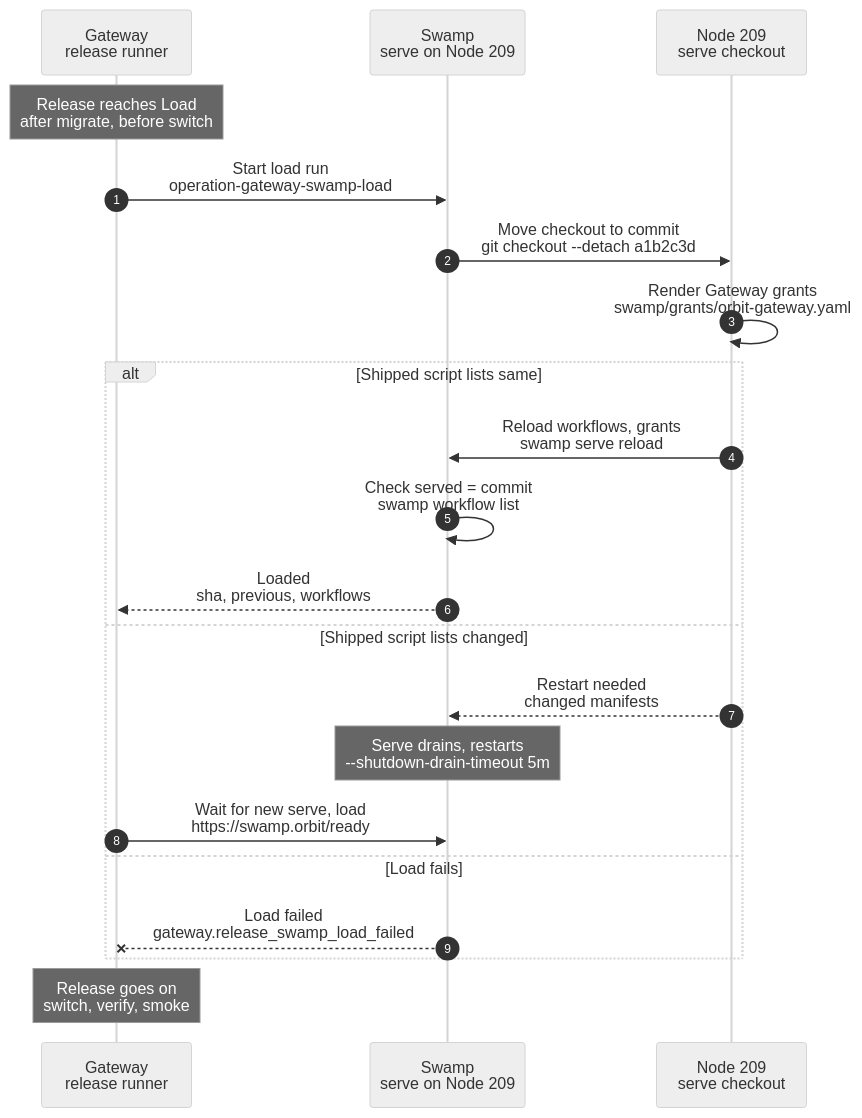
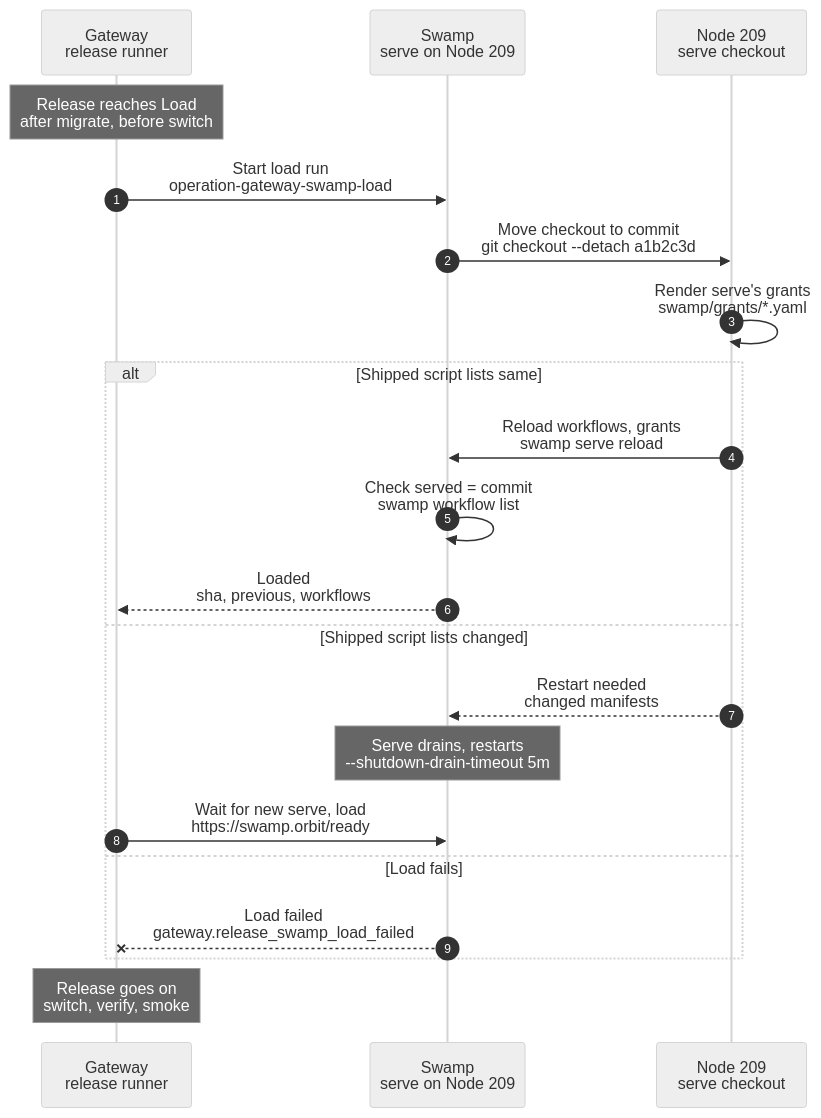
The diagram in docs/flows/gateway.swamp_load.mmd (hardimpactdev/orbit), drawn with Mermaid (neutral theme) before and after one commit. The commit also changed 31 other files, not shown here.

First line of the commit message:
feat(swamp): the swamp role runtime runs as official cfgmgmt steps

```diff
--- a/docs/flows/gateway.swamp_load.mmd
+++ b/docs/flows/gateway.swamp_load.mmd
@@ -1,83 +1,85 @@
 sequenceDiagram
   %% Target design: swamp-load-git-checkout (Nick 2026-11-01), release-waits-for-swamp, single-swamp-node. docs/reference/gateway-recovery.md#load-swamp.
   %% status: reviewed
   %% command: gateway:release:deploy · Load Swamp
   %% behavior name: gateway-swamp-load (fixed)
   autonumber
   %% lane GW icon=gateway pill=intent tone=blue
   %% lane SW icon=workflow pill=executes tone=green
   %% lane N icon=server pill=target tone=amber
   participant GW as Gateway<br/>release runner
   participant SW as Swamp<br/>serve on Node 209
   participant N as Node 209<br/>serve checkout
   Note over GW: Release reaches Load<br/>after migrate, before switch
   %%> When:
   %%> - every Gateway release, automatic or `orbit gateway:release:deploy <sha>`
   %%> - after prepare and migrate, before the switch
   %%> - also for releases that change no Swamp file, so Gateway and Swamp always run the same commit
   %%> Not included:
   %%> - no CLI command of its own; the release runner is the only caller
   %%> - `gateway:release:rollback` skips this step, so a rollback works while Swamp is down
   GW->>SW: Start load run<br/>operation-gateway-swamp-load
   %%> What it does:
   %%> - records task #5150 with the release commit
   %%> - starts one Swamp run on serve, placed on the `swamp` role
   %%> Inputs:
   %%> - the release commit, for example `a1b2c3d`
   %%> Retry:
   %%> - when serve is restarting, the start waits up to 10 minutes instead of pausing the release
   SW->>N: Move checkout to commit<br/>git checkout --detach a1b2c3d
   %%> Requirements:
   %%> - the new commit descends from the current one (fast-forward only)
   %%> On the Node:
   %%> - fetches the commit into the serve checkout
   %%> - moves the checkout to it
   %%> Why:
   %%> - Swamp's default mode reads `swamp/` from a Git checkout; no custom loader
-  N->>N: Render Gateway grants<br/>swamp/grants/orbit-gateway.yaml
+  N->>N: Render serve's grants<br/>swamp/grants/*.yaml
   %%> What it does:
   %%> - writes which workflows the Gateway may start, from `swamp/config/gateway-workflow-grants.json`
-  %%> - serve's other grants are `swamp/grants/orbit-serve.yaml` in the repository, so the checkout already holds them
+  %%> - writes serve's other grants, from `swamp/config/serve-grants.json`, as `swamp/grants/orbit-serve.yaml`
   %%> Why a script:
   %%> - serve's grants format can't hold the manifest's schedule producer marks, and no official behavior renders grants
+  %%> Not included:
+  %%> - the swamp role writes no grants; they follow the checkout
   alt Shipped script lists same
     N->>SW: Reload workflows, grants<br/>swamp serve reload
     %%> What it does:
     %%> - `swamp serve reload`: serve picks up new and changed workflows and extensions
     %%> - `swamp access reload`: serve creates, revokes or keeps grants to match the file
     %%> Why:
     %%> - a reload, not a restart: running work keeps going
     SW->>SW: Check served = commit<br/>swamp workflow list
     %%> What it does:
     %%> - compares the workflows serve runs with the workflows in the commit
     %%> - ignores the `schedule-<uuid>` workflows that Schedules publish
     SW-->>GW: Loaded<br/>sha, previous, workflows
     %%> Result:
     %%> - task #5150 succeeded
     %%> - returns the commit, the previous commit and the workflow count
   else Shipped script lists changed
     N-->>SW: Restart needed<br/>changed manifests
     %%> Why:
     %%> - serve's reload keeps each extension's file list from its start (Lab #4282)
     %%> - so new shipped scripts reach workers only after a restart
     %%> Temporary:
     %%> - remove this branch when Lab #4282 is fixed
     Note over SW: Serve drains, restarts<br/>--shutdown-drain-timeout 5m
     %%> What it does:
     %%> - serve takes no new work and lets running work finish, up to 5 minutes
     %%> - then a new serve instance starts from the new commit
     GW->>SW: Wait for new serve, load<br/>https://swamp.orbit/ready
     %%> What it does:
     %%> - waits up to 7 minutes for a new serve instance id
     %%> - then starts the load once more; that run takes the first branch
   else Load fails
     SW--xGW: Load failed<br/>gateway.release_swamp_load_failed
     %%> Result:
     %%> - task #5150 failed
     %%> - the release pauses before the switch; the old Gateway release stays live
     %%> - the checkout may stay on the new commit; fix forward and resume the release
   end
   Note over GW: Release goes on<br/>switch, verify, smoke
   %%> Result:
   %%> - Gateway and Swamp now run the same commit
   %%> - the release switches to the new Gateway code
```
